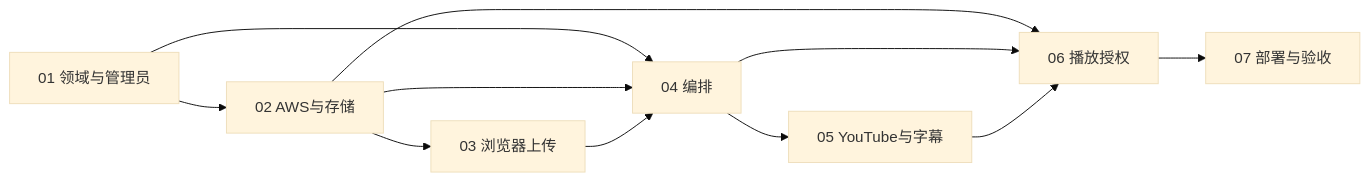
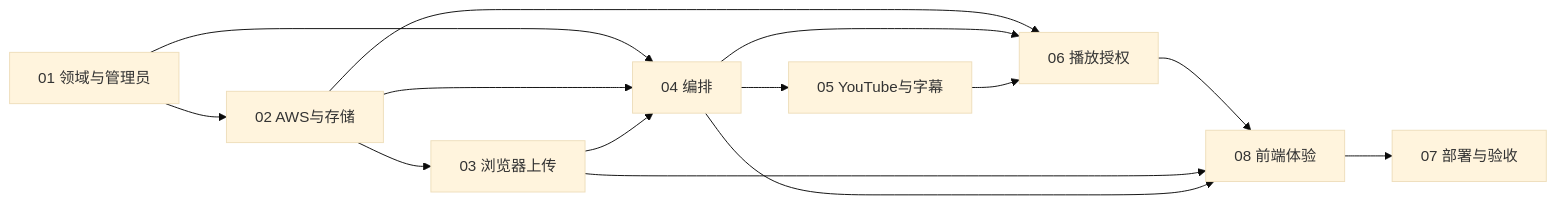
One commit to caoyjie/mediacms changed the third of 3 diagrams in docs/superpowers/specs/aws-backend-integration/README.md. Above: the diagram before and after it, drawn with Mermaid (base theme). The commit also changed other lines of this file and 3 other files, not shown here.

````diff
--- a/docs/superpowers/specs/aws-backend-integration/README.md
+++ b/docs/superpowers/specs/aws-backend-integration/README.md
@@ -95,13 +96,16 @@
 ```mermaid
 flowchart LR
     D[01 领域与管理员] --> A[02 AWS与存储]
     A --> U[03 浏览器上传]
     D --> O[04 编排]
     A --> O
     U --> O
     O --> Y[05 YouTube与字幕]
     A --> P[06 播放授权]
     O --> P
     Y --> P
-    P --> V[07 部署与验收]
+    P --> F[08 前端体验]
+    U --> F
+    O --> F
+    F --> V[07 部署与验收]
 ```
````
